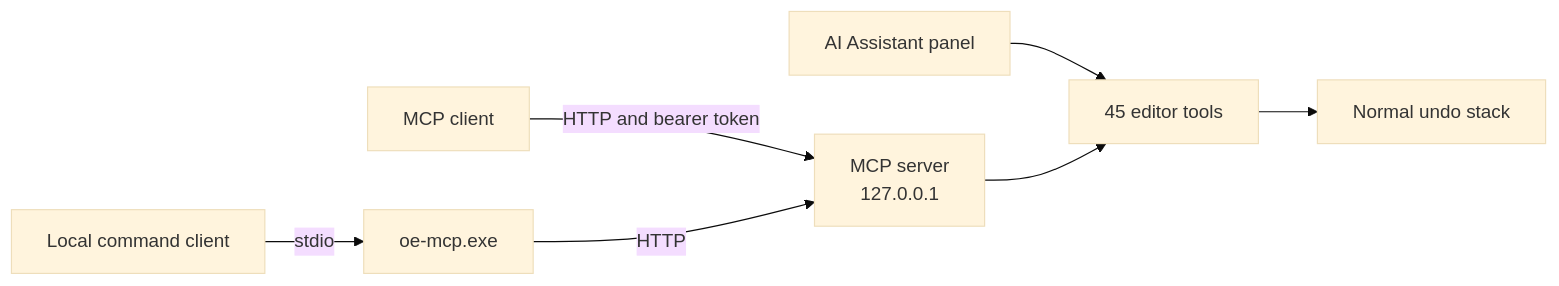
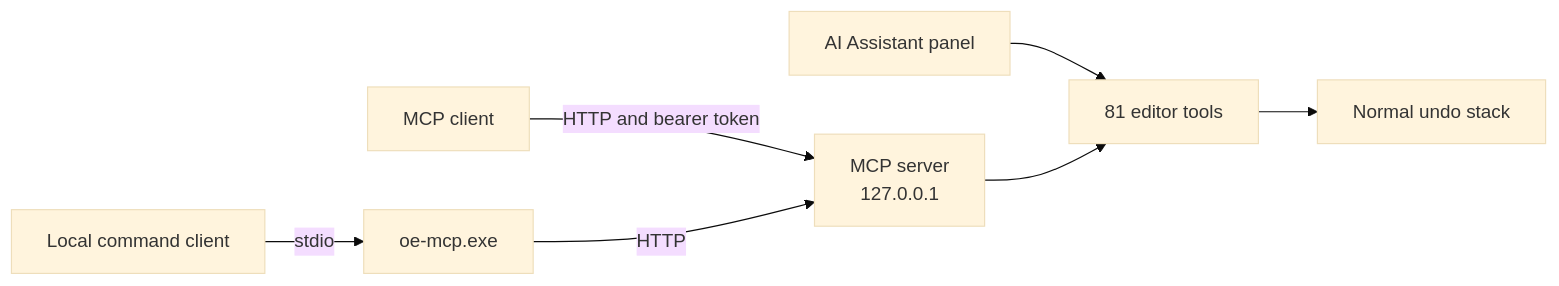
Before and after one commit to yuno3311/OpenEditor: the second of 3 diagrams in README.md, drawn with Mermaid (base theme). The commit also changed other lines of this file and 983 other files, not shown here.

````diff
--- a/README.md
+++ b/README.md
@@ -160,8 +175,8 @@
 ```mermaid
 flowchart LR
     C[MCP client] -- HTTP and bearer token --> S
     L[Local command client] -- stdio --> B[oe-mcp.exe] -- HTTP --> S
     P[AI Assistant panel] --> T
-    S[MCP server<br>127.0.0.1] --> T[45 editor tools]
+    S[MCP server<br>127.0.0.1] --> T[81 editor tools]
     T --> U[Normal undo stack]
 ```
````
